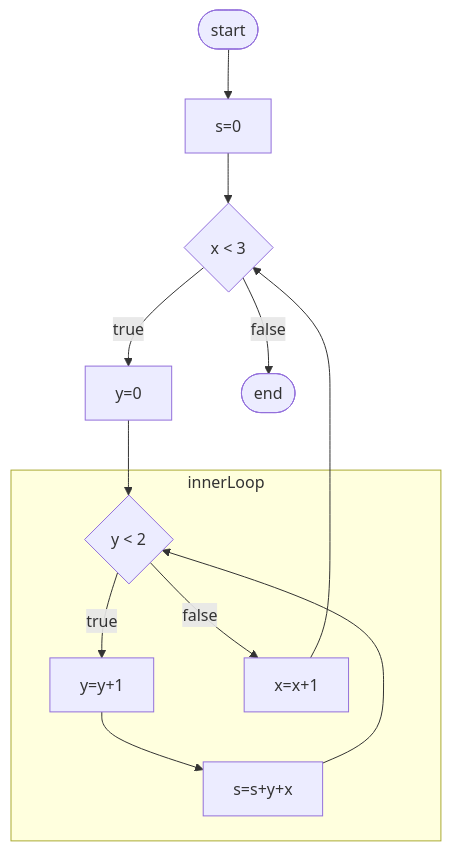
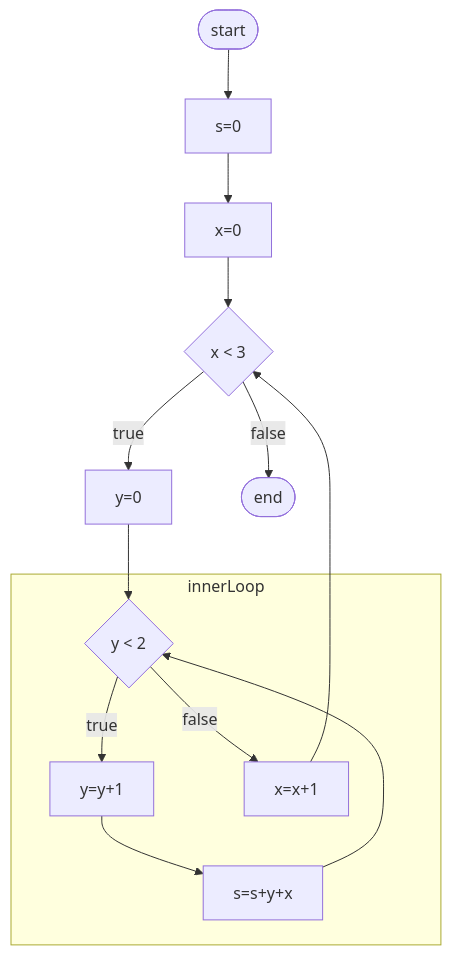
The diagram in 0040/index.md (proftak/modules), drawn with Mermaid before and after one commit. The commit also changed other lines of this file, not shown here.

````diff
--- a/0040/index.md
+++ b/0040/index.md
@@ -73,24 +73,26 @@
 ```mermaid
 flowchart TD
 start@{shape: stadium, label: "start"}
 sEq0@{shape: rect, label: "s=0"}
+xEq0@{shape: rect, label: "x=0"}
 whileXLt3@{shape: diamond, label: "x < 3"}
 yEq0@{shape: rect, label: "y=0"}
 whileYLT2@{shape: diamond, label: "y < 2"}
 incY@{shape: rect, label: "y=y+1"}
 accS@{shape: rect, label: "s=s+y+x"}
 incX@{shape: rect, label: "x=x+1"}
 finish@{shape: stadium, label: "end"}
 start --> sEq0
-sEq0 --> whileXLt3
+sEq0 --> xEq0
+xEq0 --> whileXLt3
 whileXLt3 -->|false| finish
 whileXLt3 -->|true| yEq0
 yEq0 --> whileYLT2
 subgraph innerLoop
 whileYLT2 -->|true| incY
 whileYLT2 -->|false| incX
 incY --> accS
 accS --> whileYLT2
 end
 incX --> whileXLt3
 ```
````
